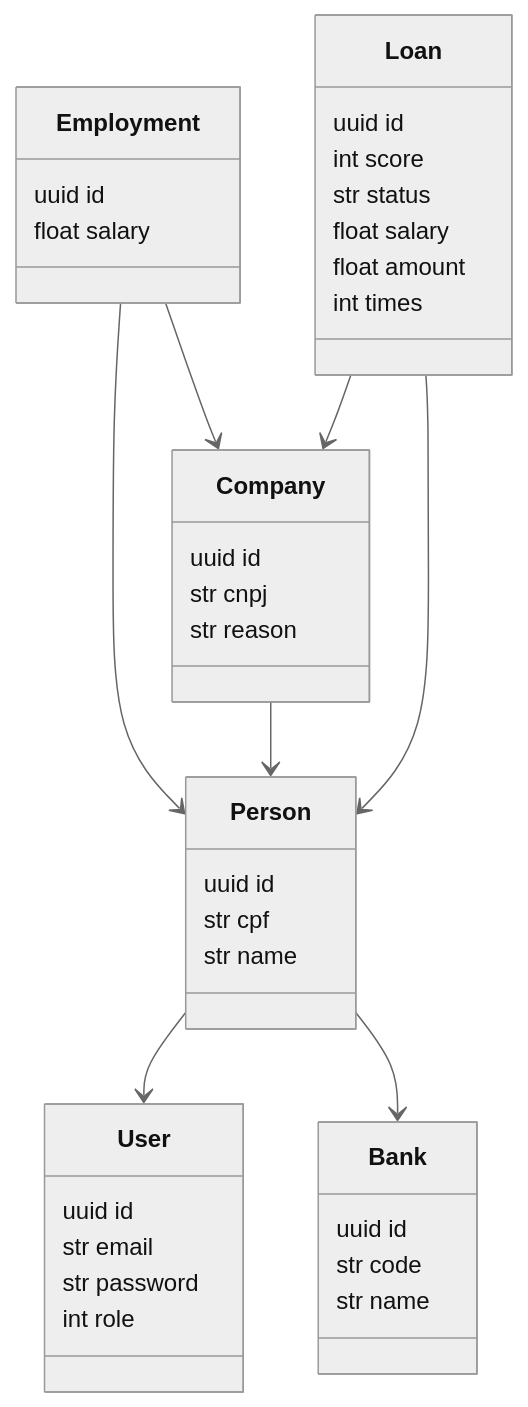
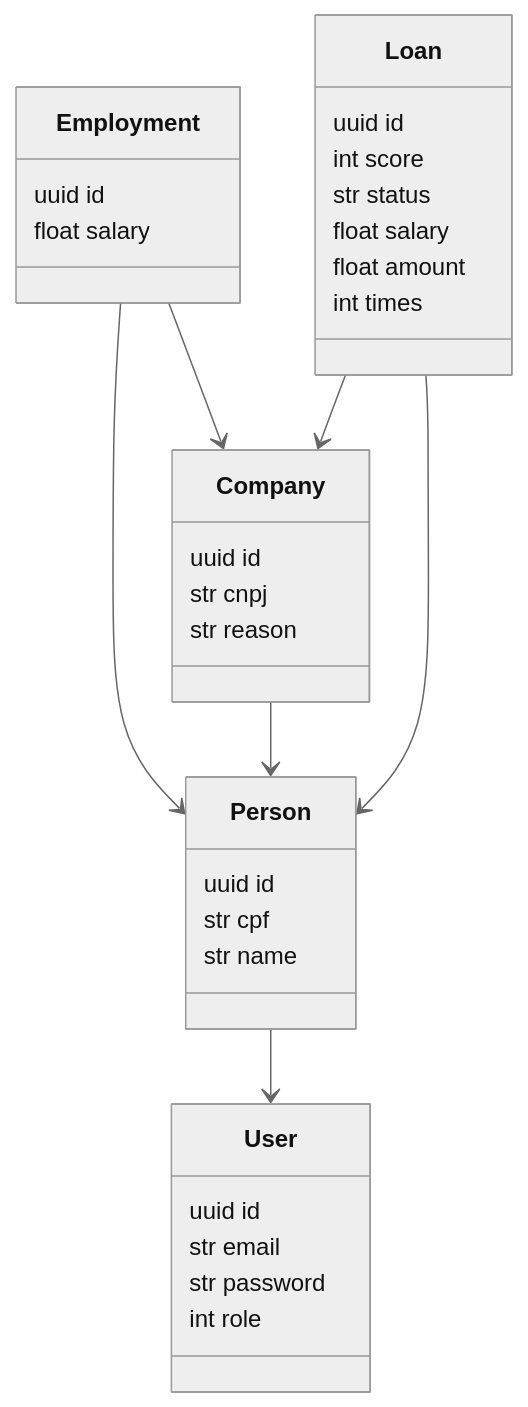
The diagram in README.md (artphil/auto_credit), drawn with Mermaid (neutral theme) before and after one commit. The commit also changed other lines of this file, not shown here.

````diff
--- a/README.md
+++ b/README.md
@@ -56,32 +68,28 @@
 ```mermaid
 classDiagram
 Person: uuid id
 Person: str cpf
 Person: str name
 User: uuid id
 User: str email
 User: str password
 User: int role
 Company: uuid id
 Company: str cnpj
 Company: str reason
 Employment: uuid id
 Employment: float salary
-Bank: uuid id
-Bank: str code
-Bank: str name
 Loan: uuid id
 Loan: int score
 Loan: str status
 Loan: float salary
 Loan: float amount
 Loan: int times
 
 Person --> User
 Employment --> Person
 Employment --> Company
 Company --> Person
-Person --> Bank
 Loan --> Person
 Loan --> Company
 ```
````
